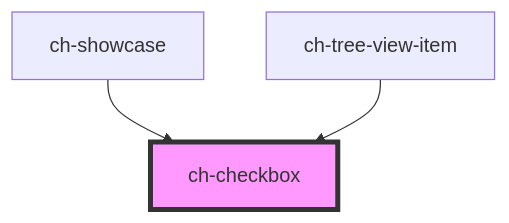
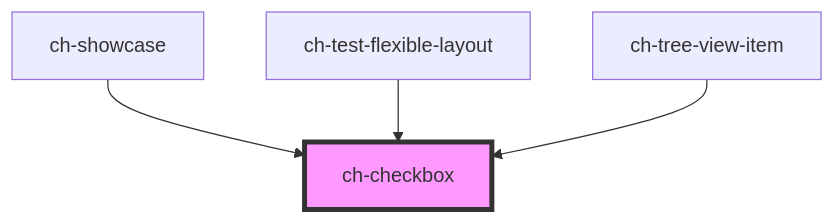
Before and after one commit to genexuslabs/chameleon-controls-library: the diagram in src/components/checkbox/readme.md, drawn with Mermaid. The commit also changed other lines of this file and 7 other files, not shown here.

````diff
--- a/src/components/checkbox/readme.md
+++ b/src/components/checkbox/readme.md
@@ -65,6 +66,7 @@
 ```mermaid
 graph TD;
   ch-showcase --> ch-checkbox
+  ch-test-flexible-layout --> ch-checkbox
   ch-tree-view-item --> ch-checkbox
   style ch-checkbox fill:#f9f,stroke:#333,stroke-width:4px
 ```
````
